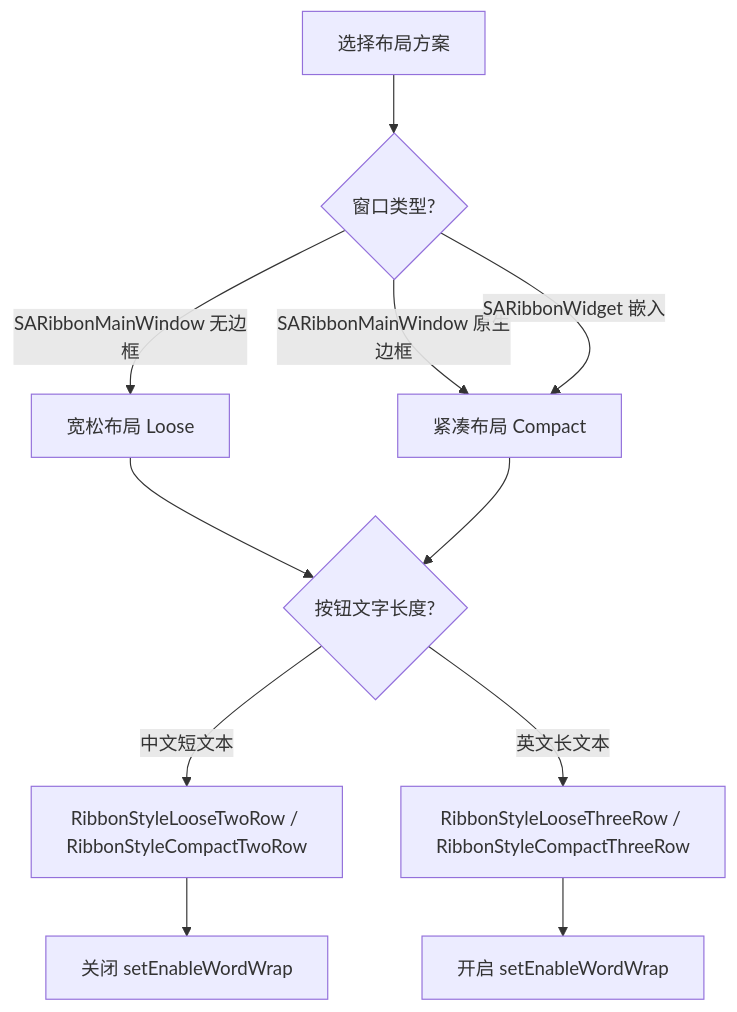
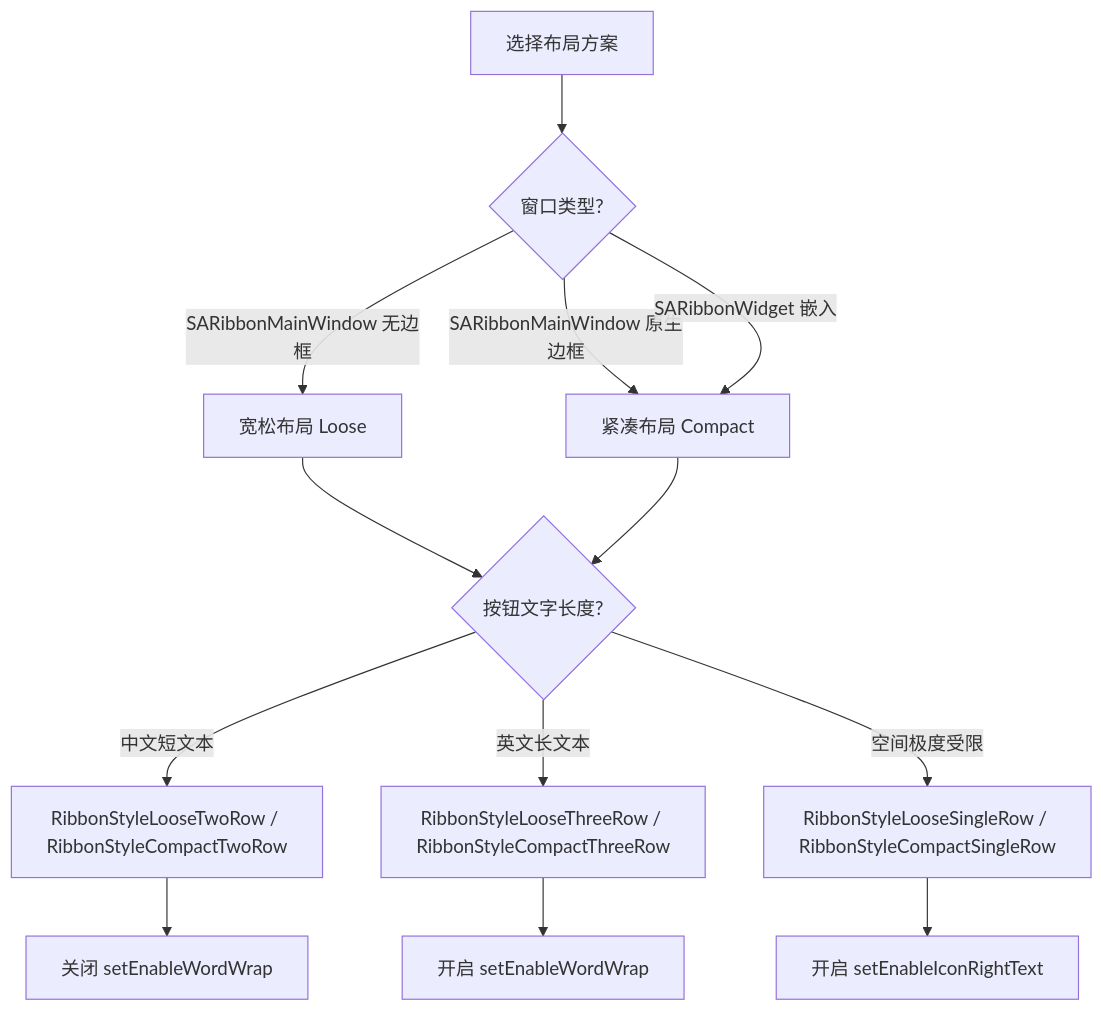
The diagram in docs/zh/use-guide/layout-of-SARibbon.md (czyt1988/SARibbon), drawn with Mermaid before and after one commit. The commit also changed other lines of this file and 15 other files, not shown here.

First line of the commit message:
docs: 更新文档以反映单行布局模式(SingleRow)的加入

````diff
--- a/docs/zh/use-guide/layout-of-SARibbon.md
+++ b/docs/zh/use-guide/layout-of-SARibbon.md
@@ -13,13 +14,15 @@
 ```mermaid
 flowchart TD
     A[选择布局方案] --> B{窗口类型?}
     B -->|SARibbonMainWindow 无边框| C[宽松布局 Loose]
     B -->|SARibbonMainWindow 原生边框| D[紧凑布局 Compact]
     B -->|SARibbonWidget 嵌入| D
     C --> E{按钮文字长度?}
     D --> E
     E -->|中文短文本| F[RibbonStyleLooseTwoRow / RibbonStyleCompactTwoRow]
     E -->|英文长文本| G[RibbonStyleLooseThreeRow / RibbonStyleCompactThreeRow]
+    E -->|空间极度受限| J[RibbonStyleLooseSingleRow / RibbonStyleCompactSingleRow]
     G --> H[开启 setEnableWordWrap]
     F --> I[关闭 setEnableWordWrap]
+    J --> K[开启 setEnableIconRightText]
 ```
````
